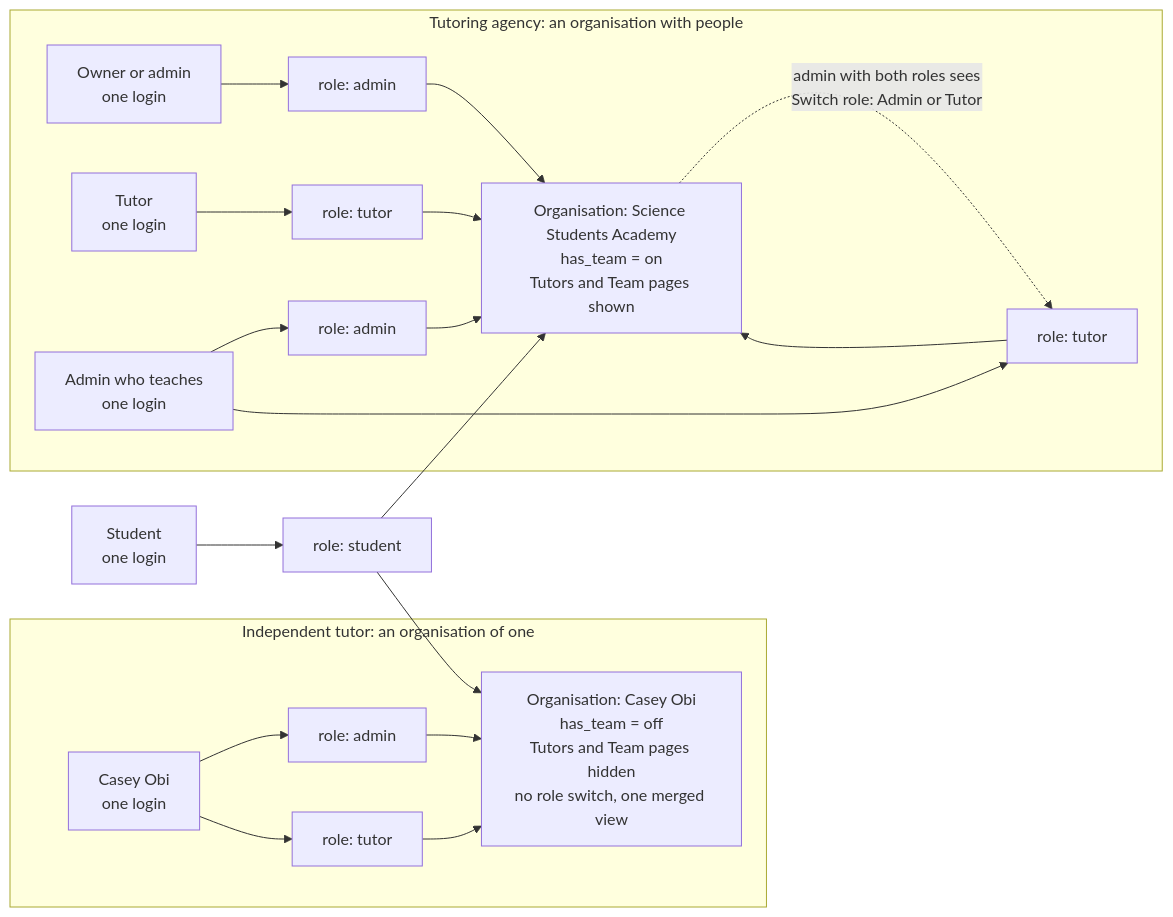
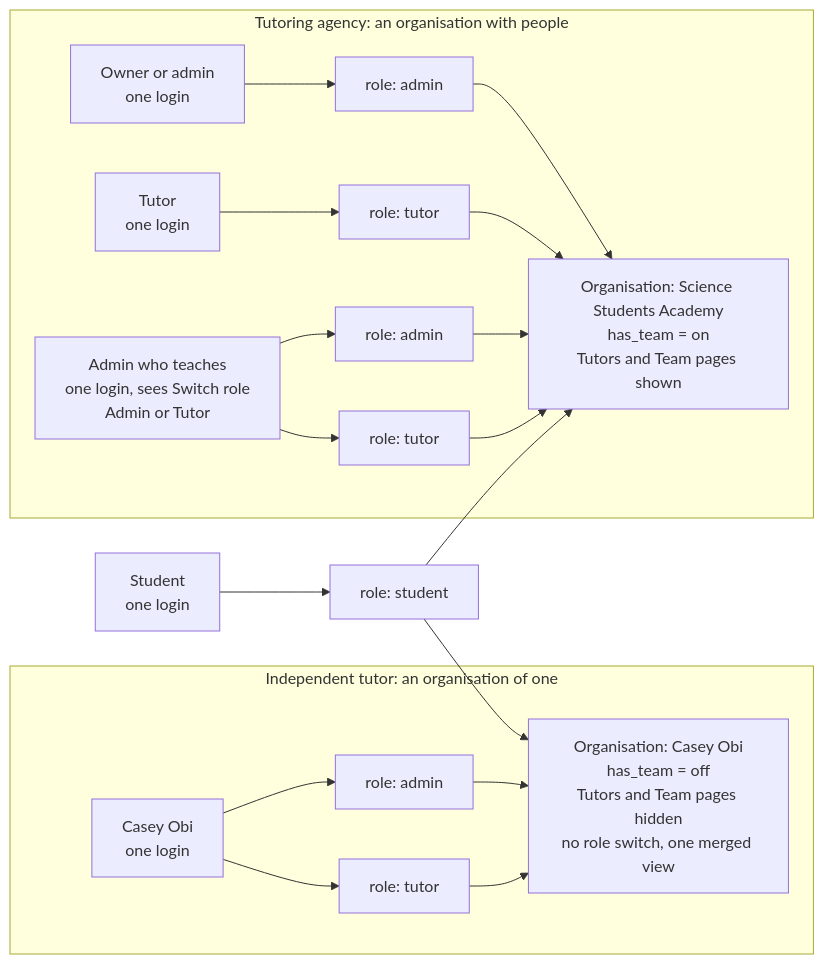
One commit to KingUsang/Kanvise changed the diagram in docs/design/user-flows/diagrams/src/16-account-model.mmd. Above: the diagram before and after it, drawn with Mermaid. The commit also changed 1 other file, not shown here.

Commit message:
docs(design): fix account model diagram layout

```diff
--- a/docs/design/user-flows/diagrams/src/16-account-model.mmd
+++ b/docs/design/user-flows/diagrams/src/16-account-model.mmd
@@ -1,21 +1,20 @@
 flowchart LR
   subgraph IND["Independent tutor: an organisation of one"]
     I1["Casey Obi<br/>one login"] --> IM1["role: admin"]
     I1 --> IM2["role: tutor"]
     IM1 --> IO["Organisation: Casey Obi<br/>has_team = off<br/>Tutors and Team pages hidden<br/>no role switch, one merged view"]
     IM2 --> IO
   end
   subgraph AG["Tutoring agency: an organisation with people"]
     A1["Owner or admin<br/>one login"] --> AM1["role: admin"]
     A2["Tutor<br/>one login"] --> AM2["role: tutor"]
-    A3["Admin who teaches<br/>one login"] --> AM3["role: admin"]
+    A3["Admin who teaches<br/>one login, sees Switch role<br/>Admin or Tutor"] --> AM3["role: admin"]
     A3 --> AM4["role: tutor"]
     AM1 --> AO["Organisation: Science Students Academy<br/>has_team = on<br/>Tutors and Team pages shown"]
     AM2 --> AO
     AM3 --> AO
     AM4 --> AO
   end
   S["Student<br/>one login"] --> SM["role: student"]
   SM --> IO
   SM --> AO
-  AO -.->|"admin with both roles sees<br/>Switch role: Admin or Tutor"| AM4
```
